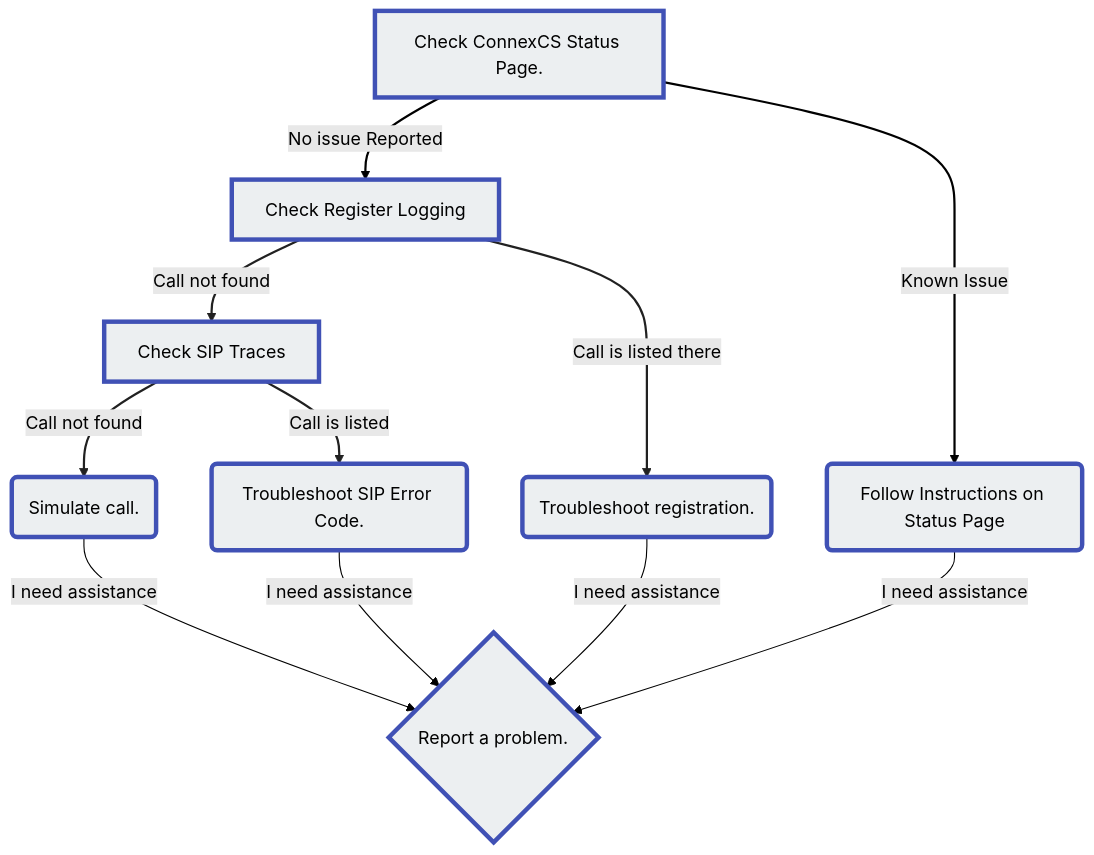
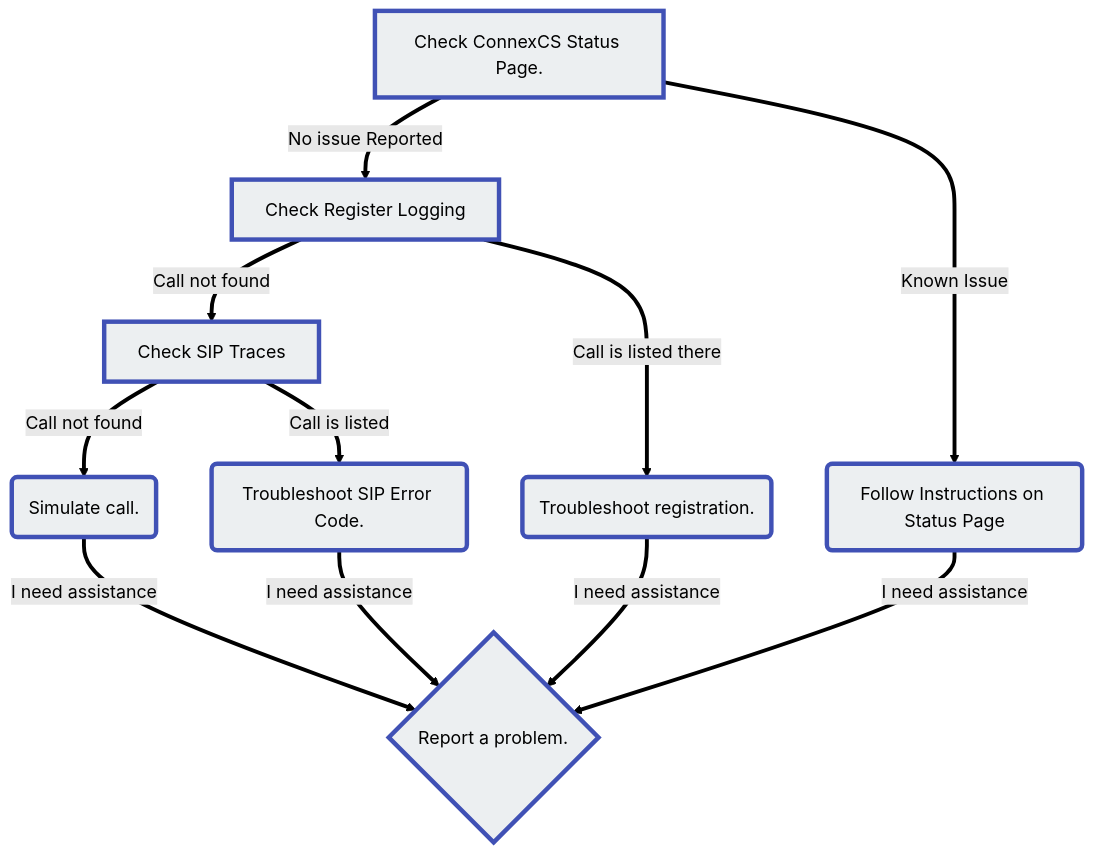
One commit to connexcs/docs changed the diagram in docs/guides/tshoot-signal.md. Above: the diagram before and after it, drawn with Mermaid (forest theme).

Commit message:
Update tshoot-signal.md
fixing mermaid links

````diff
--- a/docs/guides/tshoot-signal.md
+++ b/docs/guides/tshoot-signal.md
@@ -32,32 +32,26 @@
 ```mermaid
 graph TD
-    A[Check ConnexCS Status Page.]-->|No issue Reported| C[Check Register Logging]
-    A[Check ConnexCS Status Page.]-->|Known Issue| B(Follow Instructions on Status Page)
-    C -->|Call not found| E[Check SIP Traces]    
-    C -->|Call is listed there| D(Troubleshoot registration.)
-    E -->|Call not found| G(Simulate call.)
-    E -->|Call is listed| F(Troubleshoot SIP Error Code.)
-    G -->|I need assistance| H{Report a problem.}
-    B -->|I need assistance| H{Report a problem.}
-    D -->|I need assistance| H{Report a problem.}
-    F -->|I need assistance| H{Report a problem.}
+    A[Check ConnexCS Status Page.]==>|No issue Reported| C[Check Register Logging]
+    A[Check ConnexCS Status Page.]==>|Known Issue| B(Follow Instructions on Status Page)
+    C ==>|Call not found| E[Check SIP Traces]    
+    C ==>|Call is listed there| D(Troubleshoot registration.)
+    E ==>|Call not found| G(Simulate call.)
+    E ==>|Call is listed| F(Troubleshoot SIP Error Code.)
+    G ==>|I need assistance| H{Report a problem.}
+    B ==>|I need assistance| H{Report a problem.}
+    D ==>|I need assistance| H{Report a problem.}
+    F ==>|I need assistance| H{Report a problem.}
     click A "https://status.connexcs.com/"
     click C "https://docs.connexcs.com/logging/#register-logging"
     click E "https://docs.connexcs.com/logging/#sip-traces"
     click G "https://docs.connexcs.com/logging/#simulate"
     click H "https://docs.connexcs.com/reporting-problems/#report-a-problem"
     style A fill:#ECEFF1,stroke:#4051b5,stroke-width:4px
     style B fill:#ECEFF1,stroke:#4051b5,stroke-width:4px
     style C fill:#ECEFF1,stroke:#4051b5,stroke-width:4px
     style D fill:#ECEFF1,stroke:#4051b5,stroke-width:4px
     style E fill:#ECEFF1,stroke:#4051b5,stroke-width:4px
     style F fill:#ECEFF1,stroke:#4051b5,stroke-width:4px
     style G fill:#ECEFF1,stroke:#4051b5,stroke-width:4px
     style H fill:#ECEFF1,stroke:#4051b5,stroke-width:4px
-    linkStyle 0 text:red,stroke-width:2px
-    linkStyle 1 stroke-width:2px
-    linkStyle 2 stroke:#212121,stroke-width:2px
-    linkStyle 3 stroke:#212121,stroke-width:2px
-    linkStyle 4 stroke:#212121,stroke-width:2px 
-    linkStyle 5 stroke:#212121,stroke-width:2px
 ```
````
